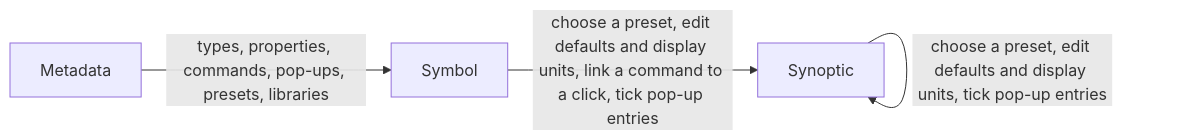
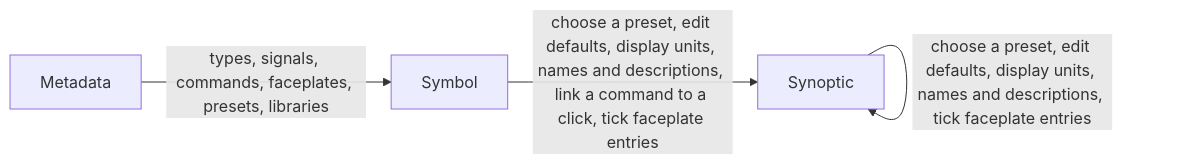
Before and after one commit to AlexandreGallais/synoptic-studio-spec: the diagram in metadata/11-who-changes-what.md, drawn with Mermaid. The commit also changed other lines of this file and 18 other files, not shown here.

First line of the commit message:
docs(metadata): apply concept names and validate the metadata part

````diff
--- a/metadata/11-who-changes-what.md
+++ b/metadata/11-who-changes-what.md
@@ -24,6 +24,6 @@
 ```mermaid
 flowchart LR
-    M[Metadata] -->|"types, properties, commands, pop-ups, presets, libraries"| S[Symbol]
-    S -->|"choose a preset, edit defaults and display units, link a command to a click, tick pop-up entries"| Y[Synoptic]
-    Y -->|"choose a preset, edit defaults and display units, tick pop-up entries"| Y
+    M[Metadata] -->|"types, signals, commands, faceplates, presets, libraries"| S[Symbol]
+    S -->|"choose a preset, edit defaults, display units, names and descriptions, link a command to a click, tick faceplate entries"| Y[Synoptic]
+    Y -->|"choose a preset, edit defaults, display units, names and descriptions, tick faceplate entries"| Y
 ```
````
